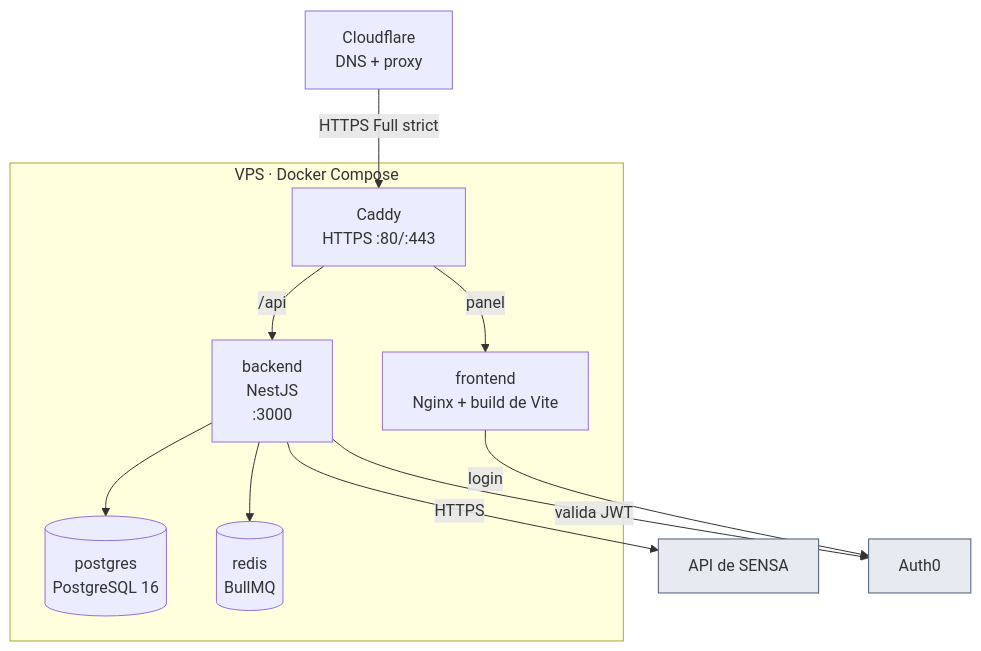
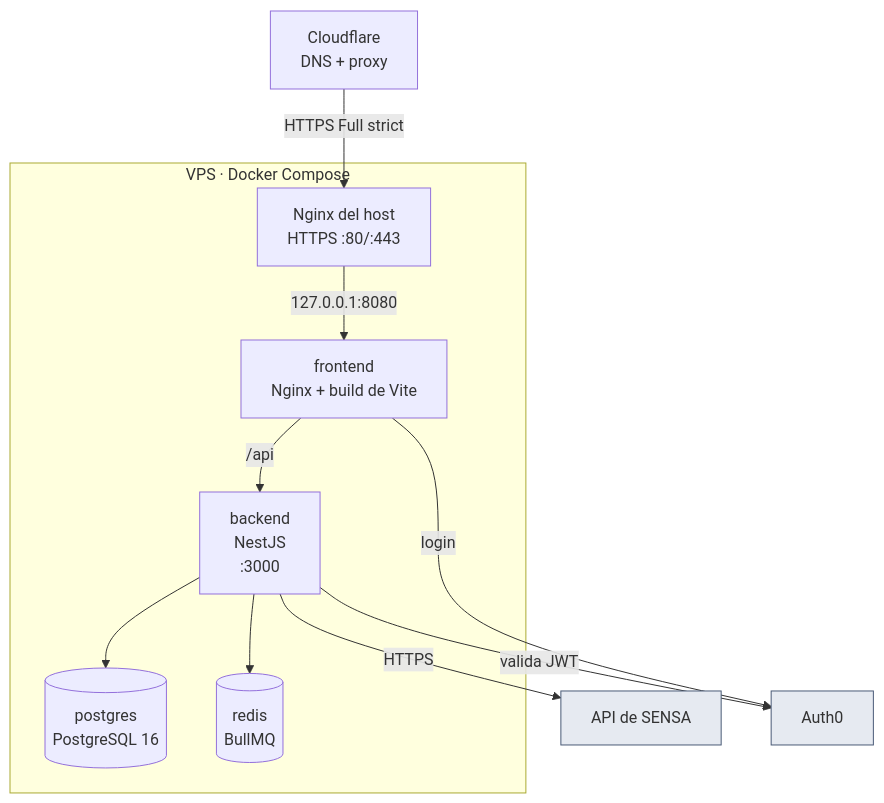
Before and after one commit to Leonel-18/iptvcontrol: the diagram in vault/40 - Operación/Despliegue y operación.md, drawn with Mermaid. The commit also changed other lines of this file and 14 other files, not shown here.

````diff
--- a/vault/40 - Operación/Despliegue y operación.md
+++ b/vault/40 - Operación/Despliegue y operación.md
@@ -16,25 +15,25 @@
 ```mermaid
 graph TB
     CF["Cloudflare<br/>DNS + proxy"]
     subgraph VPS["VPS · Docker Compose"]
-        CADDY["Caddy<br/>HTTPS :80/:443"]
+        HOSTNGINX["Nginx del host<br/>HTTPS :80/:443"]
         NGINX["frontend<br/>Nginx + build de Vite"]
         API["backend<br/>NestJS<br/>:3000"]
         PG[("postgres<br/>PostgreSQL 16")]
         REDIS[("redis<br/>BullMQ")]
     end
     SENSA["API de SENSA"]
     AUTH0["Auth0"]
 
-    CF -->|"HTTPS Full strict"| CADDY
-    CADDY -->|"panel"| NGINX
-    CADDY -->|"/api"| API
+    CF -->|"HTTPS Full strict"| HOSTNGINX
+    HOSTNGINX -->|"127.0.0.1:8080"| NGINX
+    NGINX -->|"/api"| API
     API --> PG
     API --> REDIS
     API -->|"HTTPS"| SENSA
     API -->|"valida JWT"| AUTH0
     NGINX -->|"login"| AUTH0
 
     classDef externo fill:#E6EAF1,stroke:#4A5B77
     class SENSA,AUTH0 externo
 ```
````
